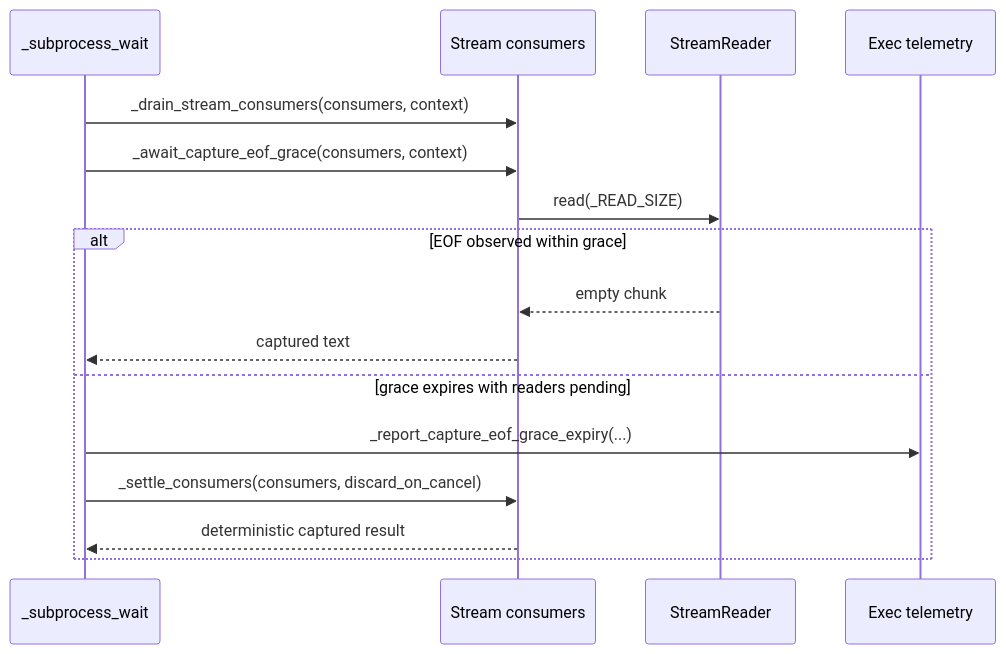
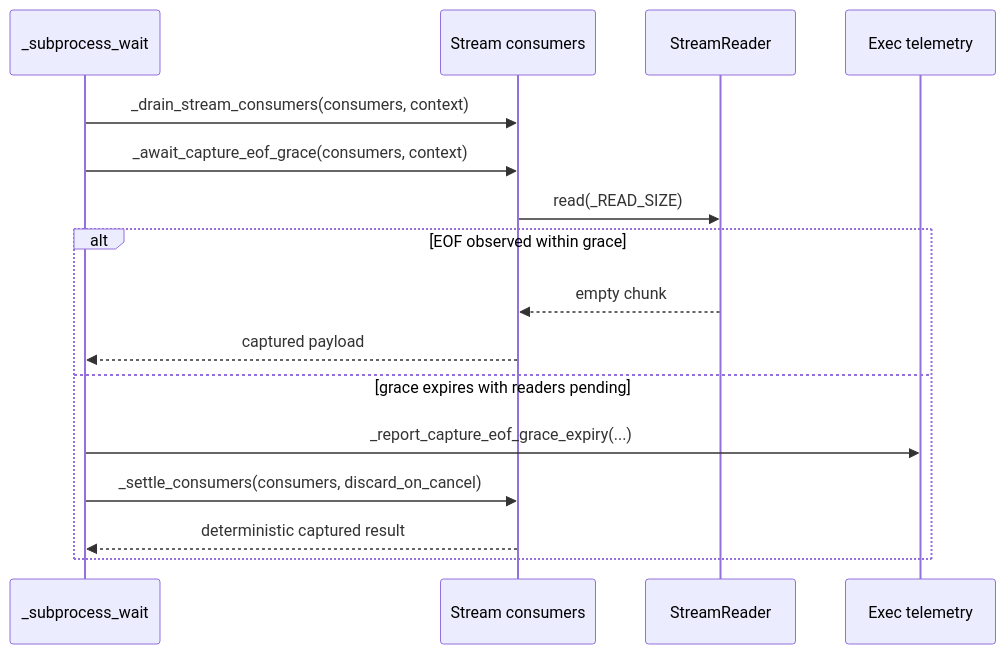
Before and after one commit to leynos/cuprum: the eighth of 19 diagrams in docs/cuprum-design.md, drawn with Mermaid. The commit also changed other lines of this file and 1 other file, not shown here.

First line of the commit message:
Document byte mode's payloads instead of text-only capture

````diff
--- a/docs/cuprum-design.md
+++ b/docs/cuprum-design.md
@@ -1903,19 +1971,19 @@
 ```mermaid
 sequenceDiagram
     participant Wait as _subprocess_wait
     participant Consumers as Stream consumers
     participant Reader as StreamReader
     participant Telemetry as Exec telemetry
 
     Wait->>Consumers: _drain_stream_consumers(consumers, context)
     Wait->>Consumers: _await_capture_eof_grace(consumers, context)
     Consumers->>Reader: read(_READ_SIZE)
     alt EOF observed within grace
         Reader-->>Consumers: empty chunk
-        Consumers-->>Wait: captured text
+        Consumers-->>Wait: captured payload
     else grace expires with readers pending
         Wait->>Telemetry: _report_capture_eof_grace_expiry(...)
         Wait->>Consumers: _settle_consumers(consumers, discard_on_cancel)
         Consumers-->>Wait: deterministic captured result
     end
 ```
````
